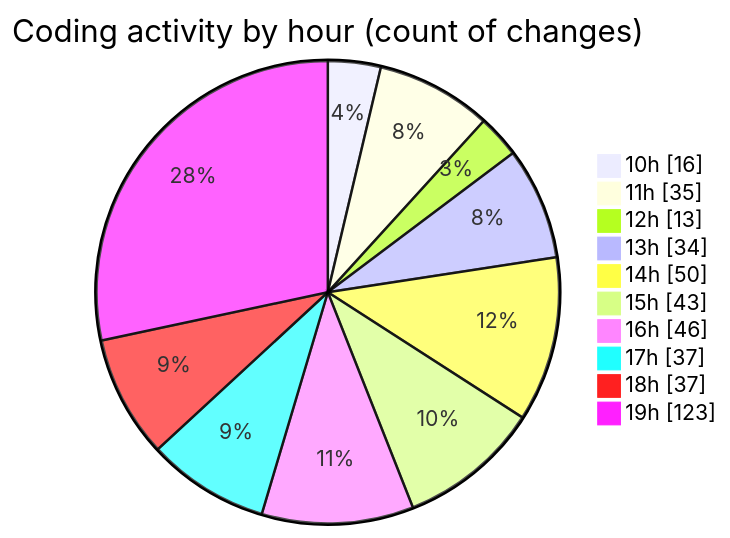
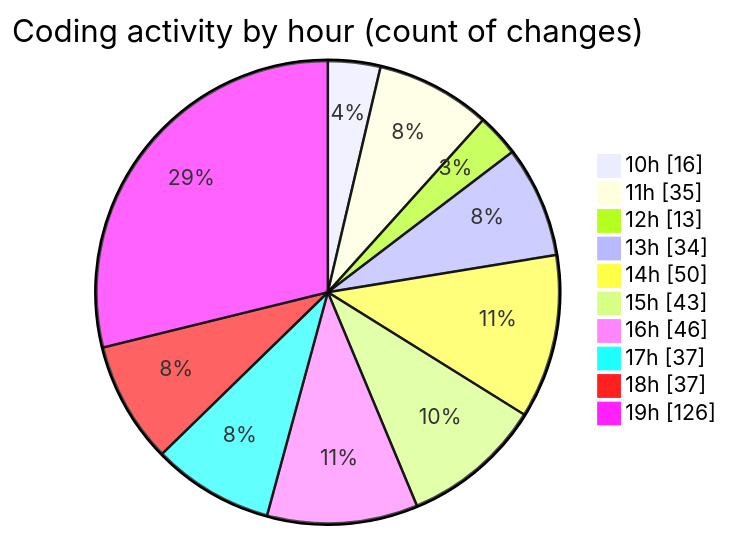
One commit to charlie-sans/code-tracking changed the second of 2 diagrams in 2025-02-20/micros/README.md. Above: the diagram before and after it, drawn with Mermaid. The commit also changed other lines of this file and 1 other file, not shown here.

````diff
--- a/2025-02-20/micros/README.md
+++ b/2025-02-20/micros/README.md
@@ -112,14 +113,14 @@
 ```mermaid
 pie showData
 title Coding activity by hour (count of changes)
 "10h" : 16
 "11h" : 35
 "12h" : 13
 "13h" : 34
 "14h" : 50
 "15h" : 43
 "16h" : 46
 "17h" : 37
 "18h" : 37
-"19h" : 123
+"19h" : 126
 ```
````
